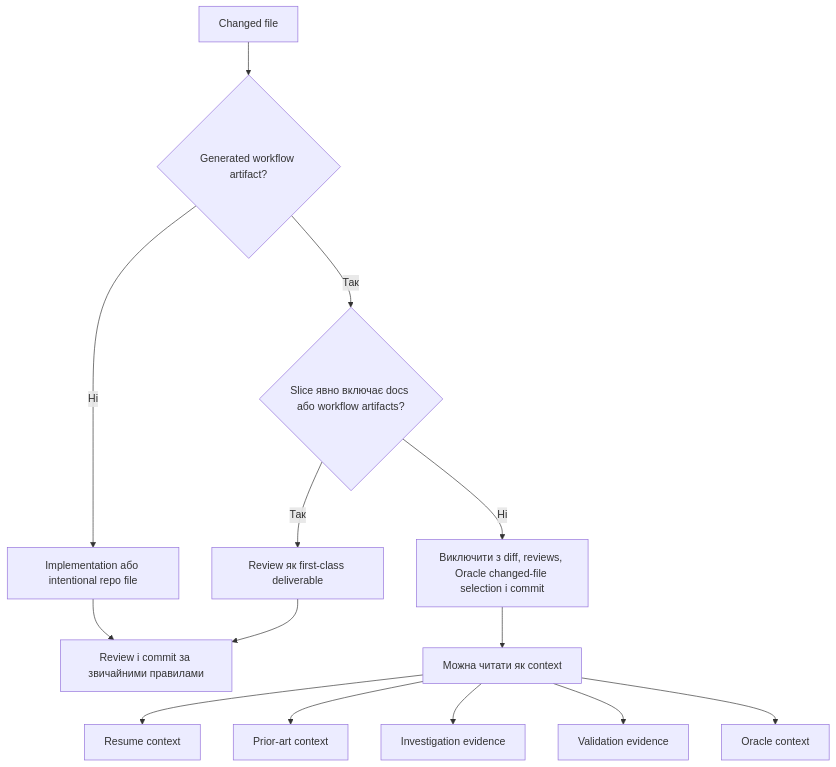
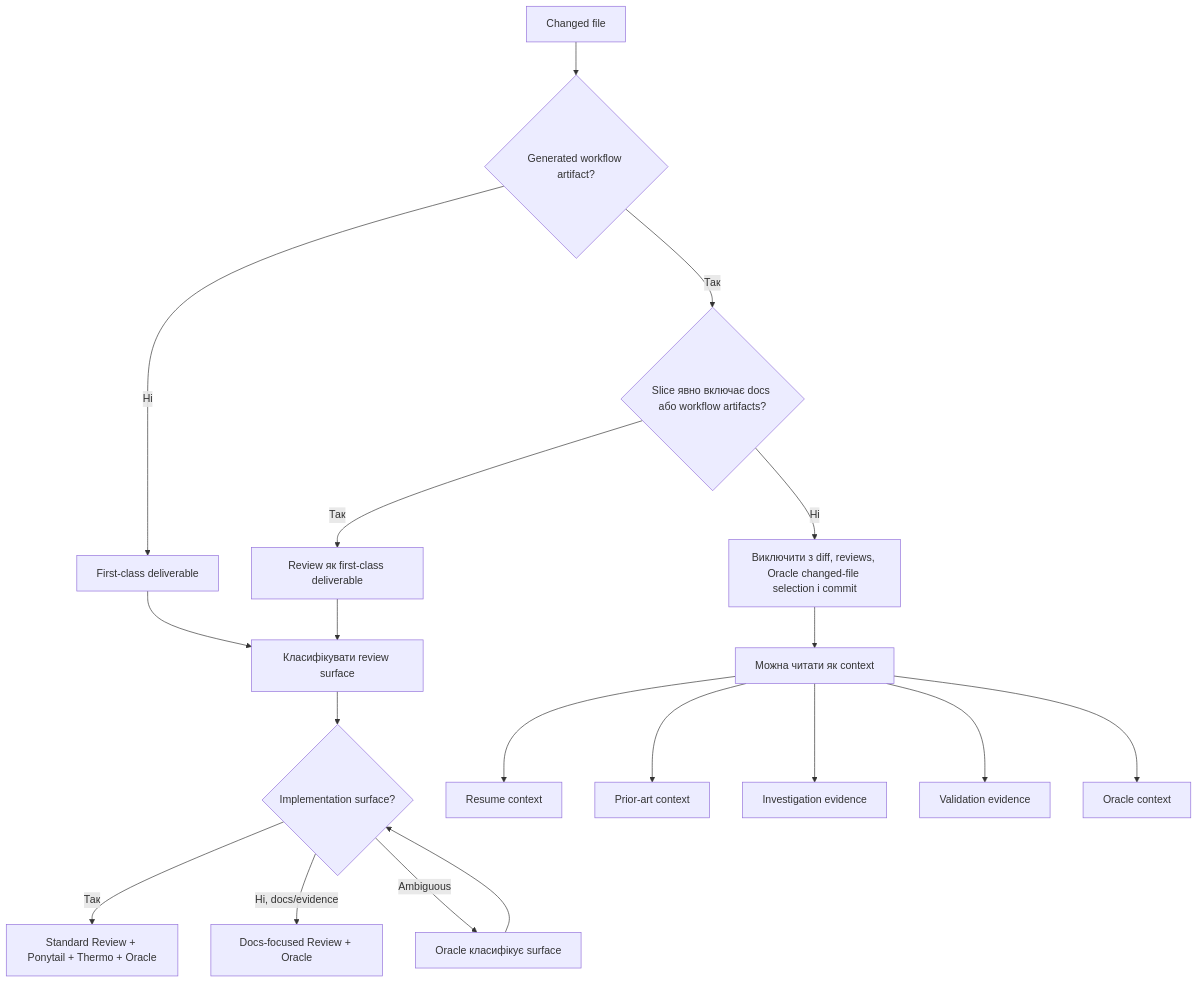
Before and after one commit to Helg1us/cookbook: the eighth of 8 diagrams in docs/workflows/repoprompt-ce/autonomous-slice-loop-specialist-reviews.uk.md, drawn with Mermaid. The commit also changed other lines of this file and 1 other file, not shown here.

Commit message:
fix: clarify ASL deliverable review routing

````diff
--- a/docs/workflows/repoprompt-ce/autonomous-slice-loop-specialist-reviews.uk.md
+++ b/docs/workflows/repoprompt-ce/autonomous-slice-loop-specialist-reviews.uk.md
@@ -315,20 +330,25 @@
 ```mermaid
 flowchart TD
   A["Changed file"] --> B{"Generated workflow artifact?"}
 
-  B -->|Ні| C["Implementation або intentional repo file"]
+  B -->|Ні| C["First-class deliverable"]
   B -->|Так| D{"Slice явно включає docs або workflow artifacts?"}
 
   D -->|Так| E["Review як first-class deliverable"]
   D -->|Ні| F["Виключити з diff, reviews, Oracle changed-file selection і commit"]
 
   F --> G["Можна читати як context"]
   G --> G1["Resume context"]
   G --> G2["Prior-art context"]
   G --> G3["Investigation evidence"]
   G --> G4["Validation evidence"]
   G --> G5["Oracle context"]
 
-  C --> H["Review і commit за звичайними правилами"]
+  C --> H["Класифікувати review surface"]
   E --> H
+  H --> I{"Implementation surface?"}
+  I -->|Так| J["Standard Review + Ponytail + Thermo + Oracle"]
+  I -->|Ні, docs/evidence| K["Docs-focused Review + Oracle"]
+  I -->|Ambiguous| L["Oracle класифікує surface"]
+  L --> I
 ```
````
